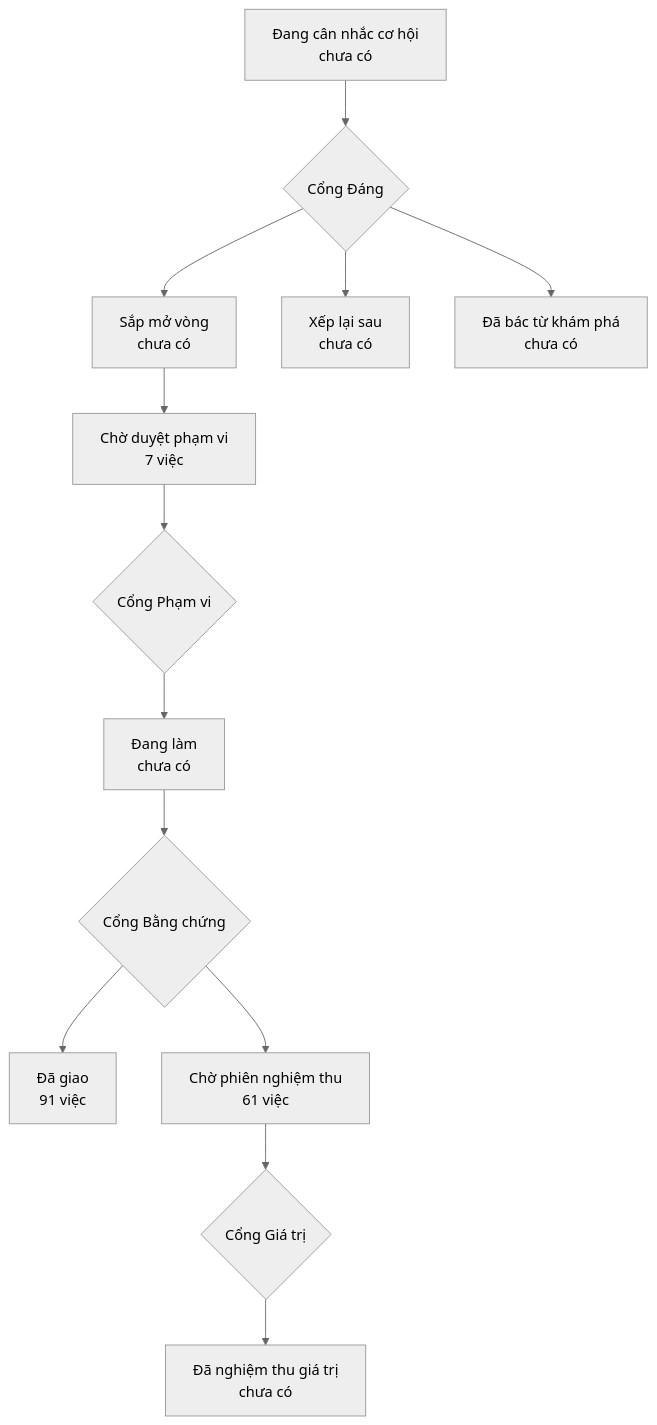
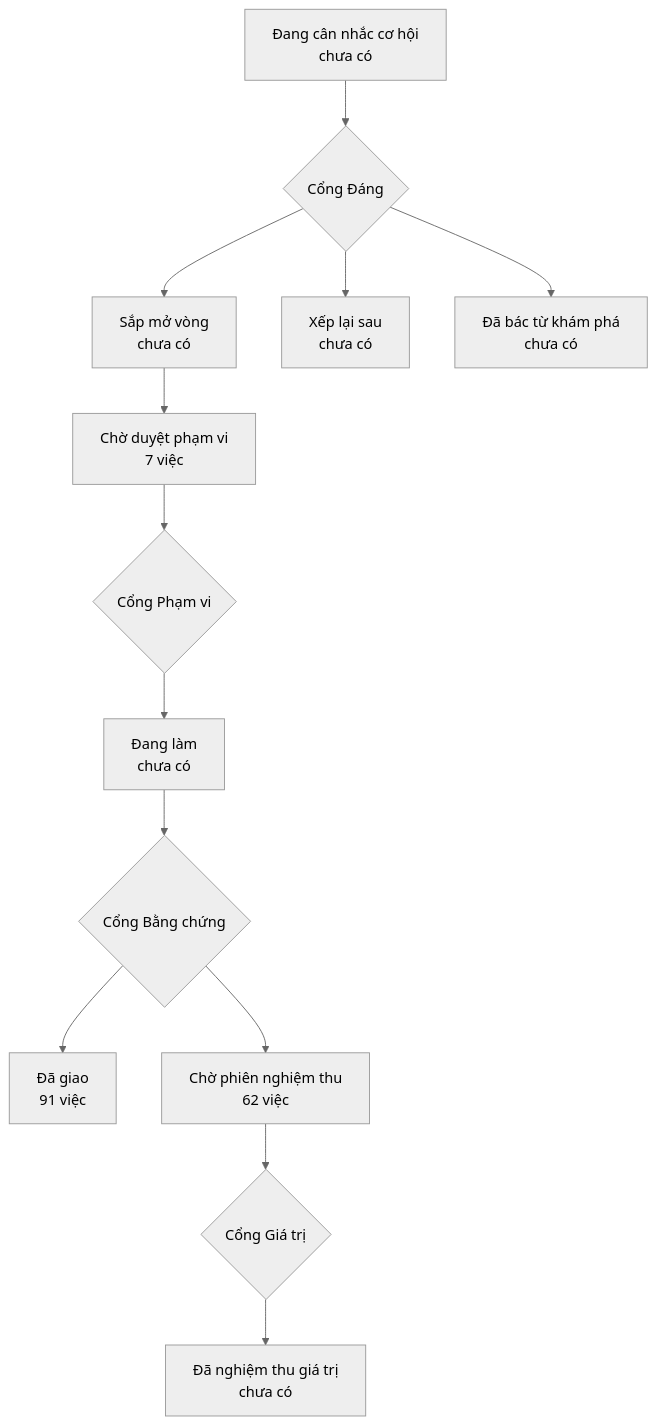
One commit to phanlemanh/onehub-invest changed the diagram in PRODUCT-MAP.md. Above: the diagram before and after it, drawn with Mermaid (neutral theme). The commit also changed other lines of this file and 1 other file, not shown here.

Commit message:
chore: vẽ lại bản đồ sản phẩm + lộ trình sau gộp origin/main

````diff
--- a/PRODUCT-MAP.md
+++ b/PRODUCT-MAP.md
@@ -7,12 +7,12 @@
 ```mermaid
 flowchart TD
   A["Đang cân nhắc cơ hội<br/>chưa có"] --> GD{"Cổng Đáng"}
   GD --> B["Sắp mở vòng<br/>chưa có"]
   GD --> XL["Xếp lại sau<br/>chưa có"]
   GD --> DB["Đã bác từ khám phá<br/>chưa có"]
   B --> CD["Chờ duyệt phạm vi<br/>7 việc"] --> GP{"Cổng Phạm vi"}
   GP --> DL["Đang làm<br/>chưa có"] --> GB{"Cổng Bằng chứng"}
   GB --> DG["Đã giao<br/>91 việc"]
-  GB --> CN["Chờ phiên nghiệm thu<br/>61 việc"] --> GG{"Cổng Giá trị"}
+  GB --> CN["Chờ phiên nghiệm thu<br/>62 việc"] --> GG{"Cổng Giá trị"}
   GG --> NT["Đã nghiệm thu giá trị<br/>chưa có"]
 ```
````
